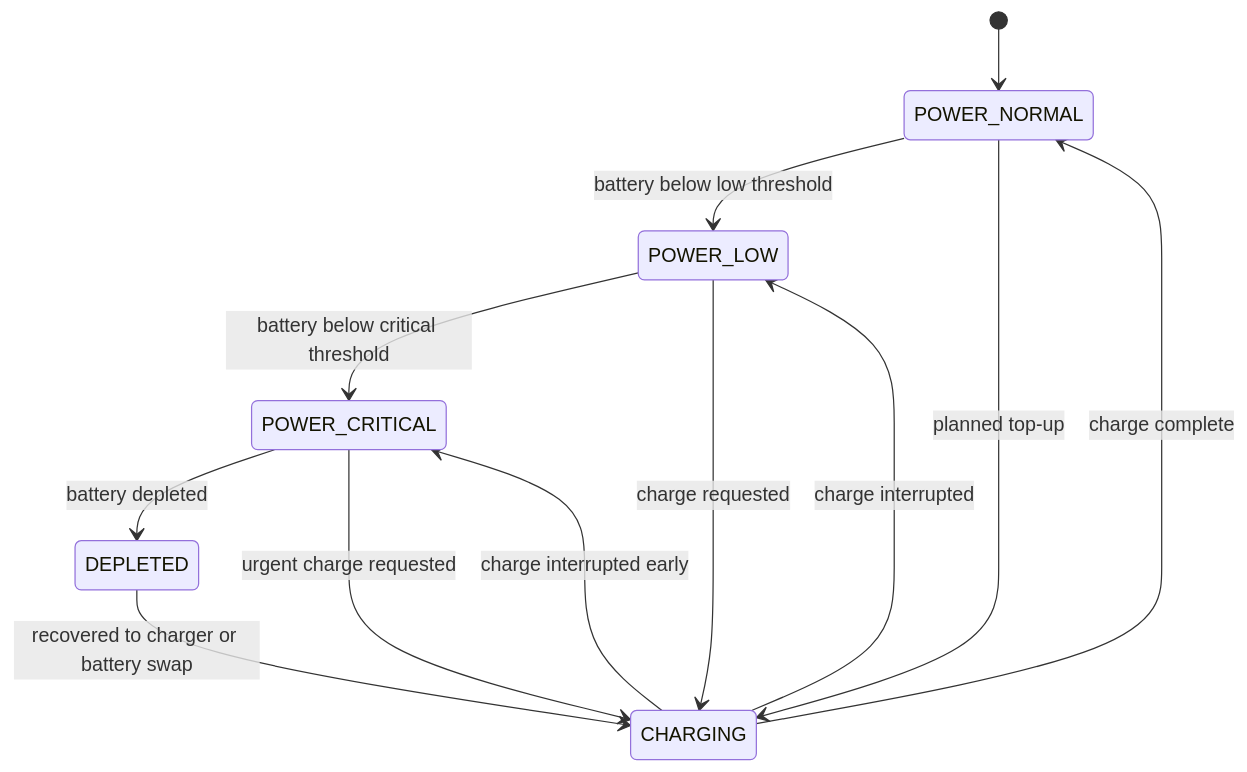
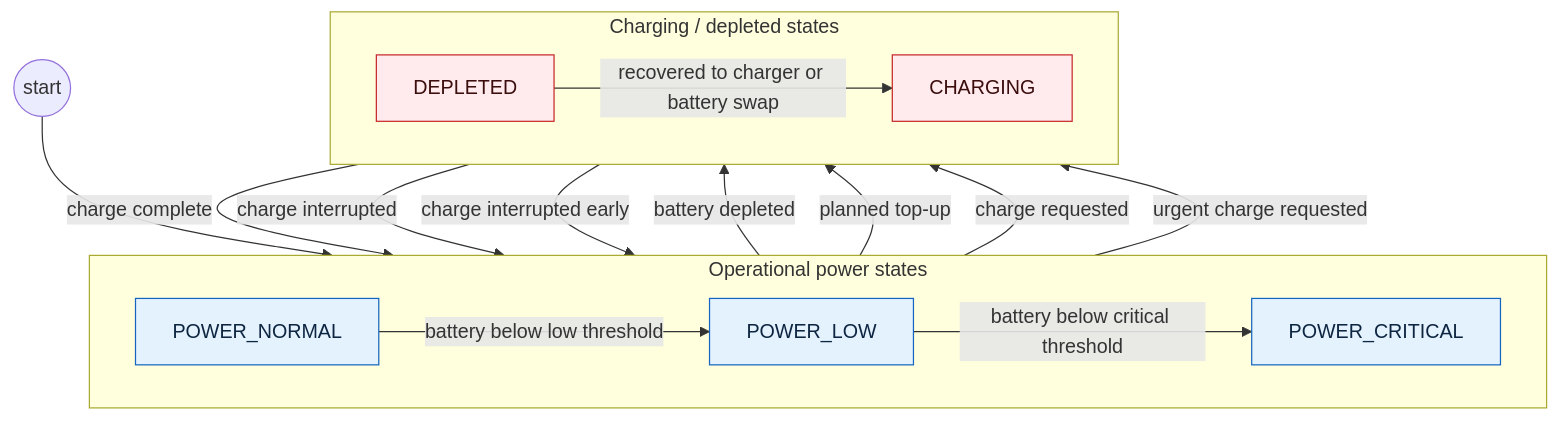
One commit to Ha-An/HumanoidSim changed the third of 4 diagrams in docs/state_reference.md. Above: the diagram before and after it, drawn with Mermaid. The commit also changed other lines of this file, not shown here.

Commit message:
Refine state transition diagrams

````diff
--- a/docs/state_reference.md
+++ b/docs/state_reference.md
@@ -189,16 +210,36 @@
 ```mermaid
-stateDiagram-v2
-    [*] --> POWER_NORMAL
-    POWER_NORMAL --> POWER_LOW: battery below low threshold
-    POWER_LOW --> POWER_CRITICAL: battery below critical threshold
-    POWER_CRITICAL --> DEPLETED: battery depleted
+flowchart TB
+    start((start)) --> POWER_NORMAL
 
-    POWER_NORMAL --> CHARGING: planned top-up
-    POWER_LOW --> CHARGING: charge requested
-    POWER_CRITICAL --> CHARGING: urgent charge requested
-    DEPLETED --> CHARGING: recovered to charger or battery swap
+    subgraph POWER_AVAILABLE["Operational power states"]
+        direction LR
+        POWER_NORMAL
+        POWER_LOW
+        POWER_CRITICAL
 
-    CHARGING --> POWER_NORMAL: charge complete
-    CHARGING --> POWER_LOW: charge interrupted
-    CHARGING --> POWER_CRITICAL: charge interrupted early
+        POWER_NORMAL -->|battery below low threshold| POWER_LOW
+        POWER_LOW -->|battery below critical threshold| POWER_CRITICAL
+    end
+
+    subgraph POWER_UNAVAILABLE["Charging / depleted states"]
+        direction LR
+        CHARGING
+        DEPLETED
+
+        DEPLETED -->|recovered to charger or battery swap| CHARGING
+    end
+
+    POWER_CRITICAL -->|battery depleted| DEPLETED
+    POWER_NORMAL -->|planned top-up| CHARGING
+    POWER_LOW -->|charge requested| CHARGING
+    POWER_CRITICAL -->|urgent charge requested| CHARGING
+
+    CHARGING -->|charge complete| POWER_NORMAL
+    CHARGING -->|charge interrupted| POWER_LOW
+    CHARGING -->|charge interrupted early| POWER_CRITICAL
+
+    classDef powerOperational fill:#e3f2fd,stroke:#1565c0,color:#0d2540
+    classDef powerUnavailable fill:#ffebee,stroke:#c62828,color:#3b0d0d
+    class POWER_NORMAL,POWER_LOW,POWER_CRITICAL powerOperational
+    class CHARGING,DEPLETED powerUnavailable
 ```
````
